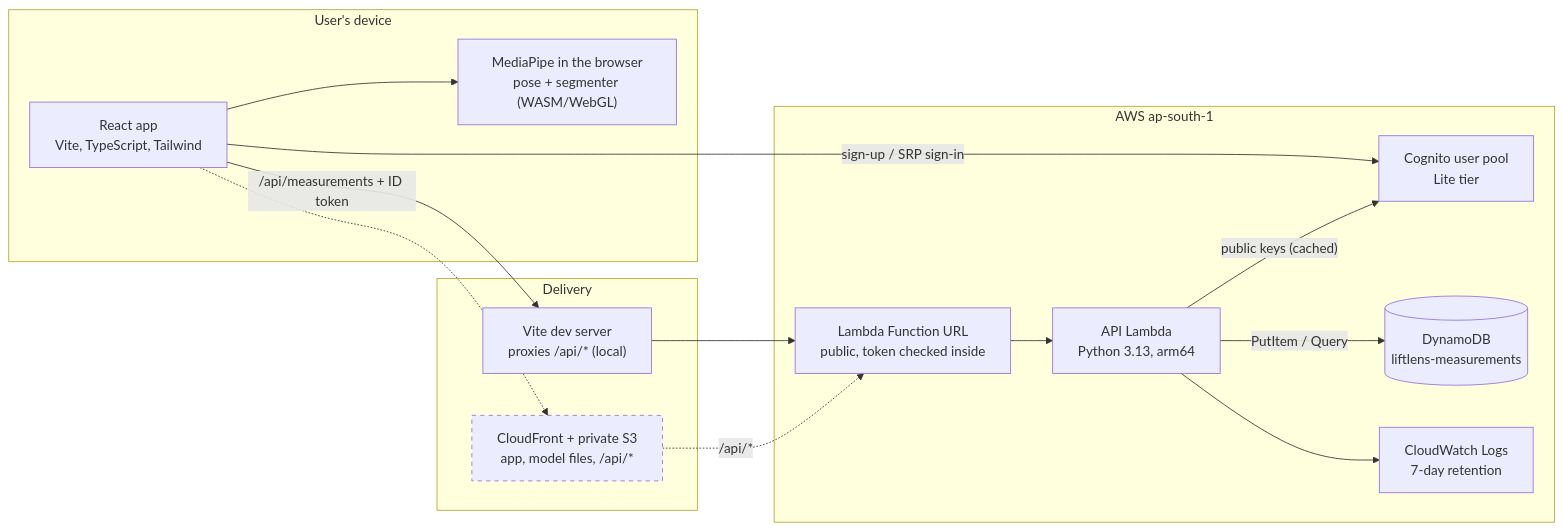
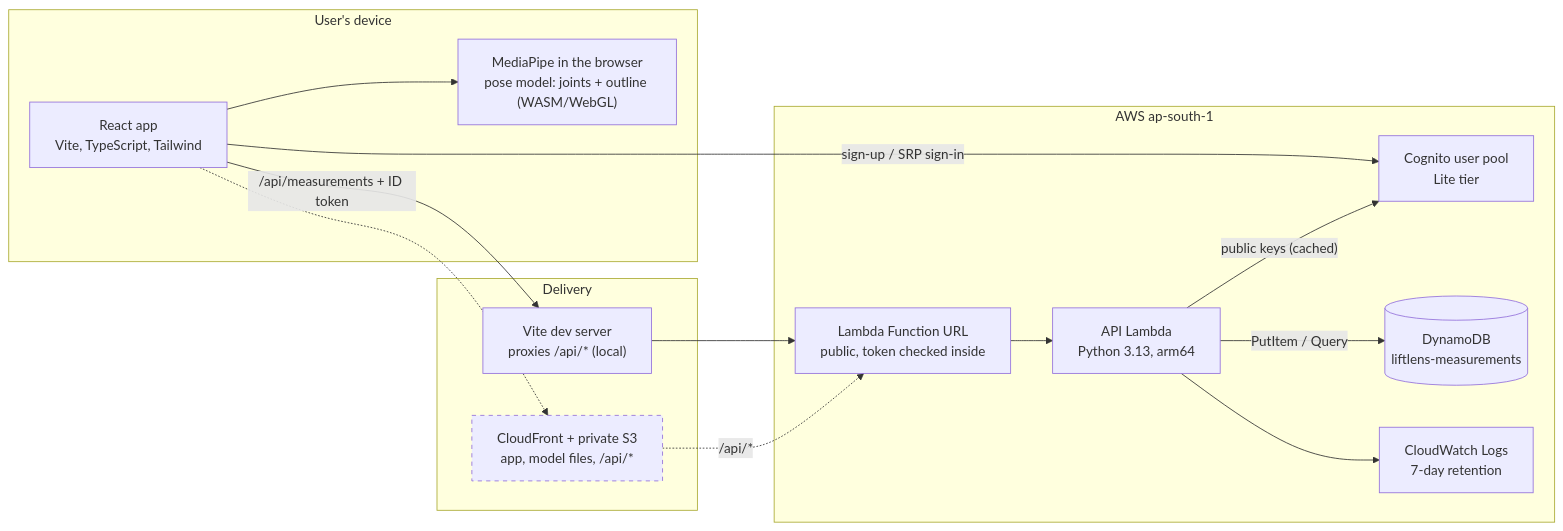
The second of 15 diagrams in docs/architecture.md (ashutosharma2/LiftLens), drawn with Mermaid before and after one commit. The commit also changed other lines of this file and 6 other files, not shown here.

First line of the commit message:
ADR-007: body outline from the pose model, one baseline per method

````diff
--- a/docs/architecture.md
+++ b/docs/architecture.md
@@ -61,34 +61,34 @@
 ```mermaid
 flowchart LR
     subgraph Device["User's device"]
         SPA["React app<br/>Vite, TypeScript, Tailwind"]
-        MP["MediaPipe in the browser<br/>pose + segmenter (WASM/WebGL)"]
+        MP["MediaPipe in the browser<br/>pose model: joints + outline (WASM/WebGL)"]
         SPA --> MP
     end
 
     subgraph Edge["Delivery"]
         Dev["Vite dev server<br/>proxies /api/* (local)"]
         CF["CloudFront + private S3<br/>app, model files, /api/*"]
     end
 
     subgraph AWS["AWS ap-south-1"]
         URL["Lambda Function URL<br/>public, token checked inside"]
         API["API Lambda<br/>Python 3.13, arm64"]
         Cognito["Cognito user pool<br/>Lite tier"]
         DB[("DynamoDB<br/>liftlens-measurements")]
         Logs["CloudWatch Logs<br/>7-day retention"]
     end
 
     SPA -- "sign-up / SRP sign-in" --> Cognito
     SPA -- "/api/measurements + ID token" --> Dev
     Dev --> URL
     SPA -.-> CF
     CF -. "/api/*" .-> URL
     URL --> API
     API -- "public keys (cached)" --> Cognito
     API -- "PutItem / Query" --> DB
     API --> Logs
 
     class CF planned
     classDef planned stroke-dasharray: 5 5
 ```
````
